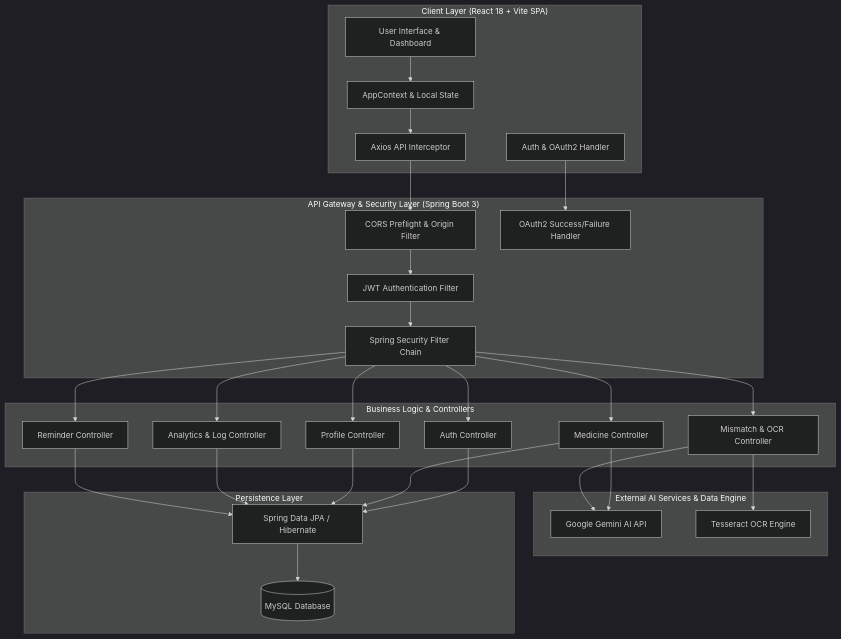
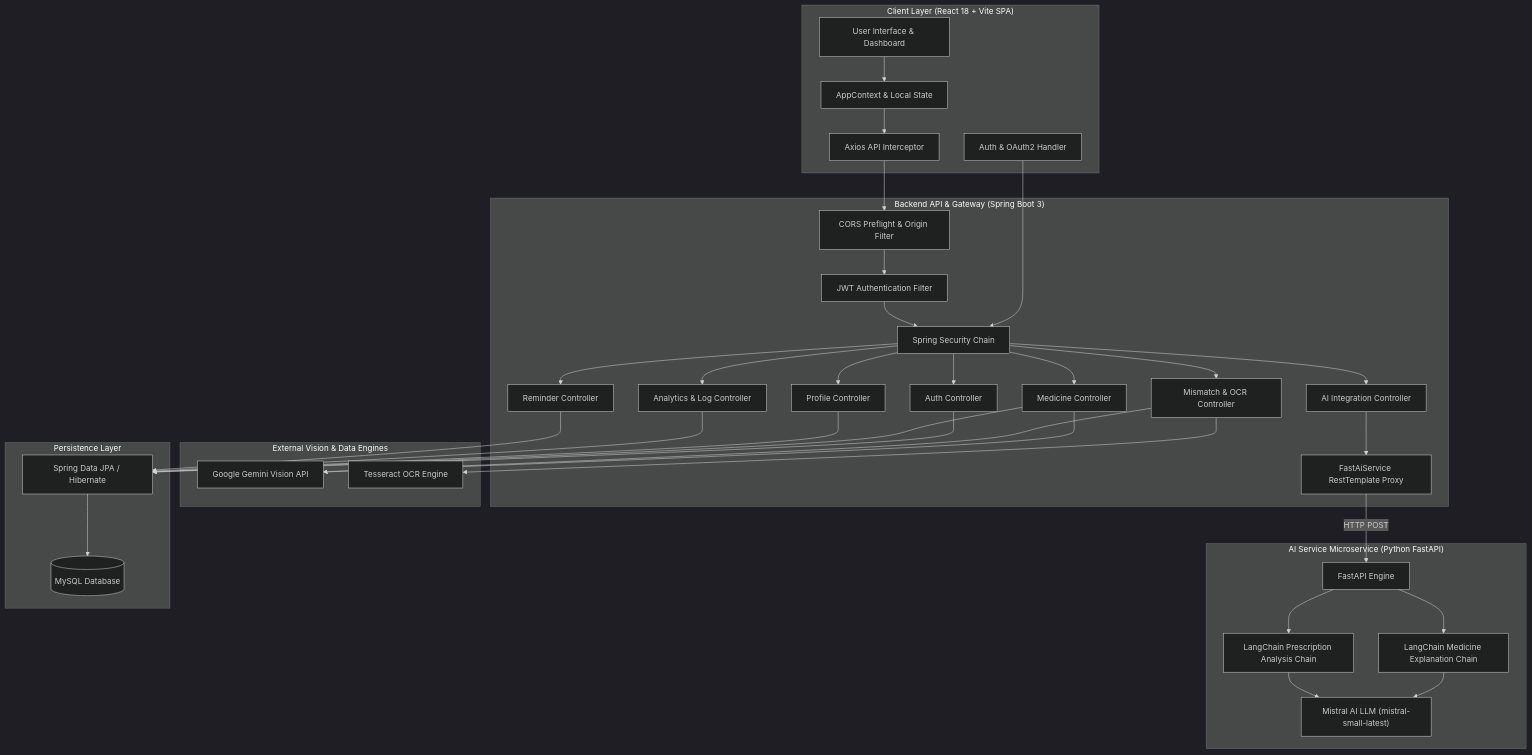
One commit to Rohit-code07/MedoraX changed the diagram in README.md. Above: the diagram before and after it, drawn with Mermaid (dark theme). The commit also changed other lines of this file, not shown here.

````diff
--- a/README.md
+++ b/README.md
@@ -24,59 +27,73 @@
 ```mermaid
 graph TD
     subgraph ClientLayer ["Client Layer (React 18 + Vite SPA)"]
         UI["User Interface & Dashboard"]
         AuthModule["Auth & OAuth2 Handler"]
         Store["AppContext & Local State"]
         Axios["Axios API Interceptor"]
     end
 
-    subgraph SecurityLayer ["API Gateway & Security Layer (Spring Boot 3)"]
+    subgraph BackendLayer ["Backend API & Gateway (Spring Boot 3)"]
         CORS["CORS Preflight & Origin Filter"]
         JWTFilter["JWT Authentication Filter"]
-        OAuth2Handler["OAuth2 Success/Failure Handler"]
-        Security["Spring Security Filter Chain"]
-    end
-
-    subgraph BusinessLayer ["Business Logic & Controllers"]
+        Security["Spring Security Chain"]
         AuthCtrl["Auth Controller"]
         MedCtrl["Medicine Controller"]
         ProfileCtrl["Profile Controller"]
         LogCtrl["Analytics & Log Controller"]
         RemCtrl["Reminder Controller"]
         MismatchCtrl["Mismatch & OCR Controller"]
+        AiCtrl["AI Integration Controller"]
+        FastAiService["FastAiService RestTemplate Proxy"]
     end
 
-    subgraph ExternalServices ["External AI Services & Data Engine"]
-        Gemini["Google Gemini AI API"]
+    subgraph AiMicroservice ["AI Service Microservice (Python FastAPI)"]
+        FastAPIApp["FastAPI Engine"]
+        ExplanationChain["LangChain Medicine Explanation Chain"]
+        PrescriptionChain["LangChain Prescription Analysis Chain"]
+        MistralLLM["Mistral AI LLM (mistral-small-latest)"]
+    end
+
+    subgraph ExternalServices ["External Vision & Data Engines"]
+        Gemini["Google Gemini Vision API"]
         OCR["Tesseract OCR Engine"]
     end
 
     subgraph PersistenceLayer ["Persistence Layer"]
         JPA["Spring Data JPA / Hibernate"]
         DB[("MySQL Database")]
     end
 
     UI --> Store
     Store --> Axios
     Axios --> CORS
-    AuthModule --> OAuth2Handler
+    AuthModule --> Security
     CORS --> JWTFilter
     JWTFilter --> Security
     Security --> AuthCtrl
     Security --> MedCtrl
     Security --> ProfileCtrl
     Security --> LogCtrl
     Security --> RemCtrl
     Security --> MismatchCtrl
+    Security --> AiCtrl
+
+    AiCtrl --> FastAiService
+    FastAiService -->|HTTP POST| FastAPIApp
+
+    FastAPIApp --> ExplanationChain
+    FastAPIApp --> PrescriptionChain
+    ExplanationChain --> MistralLLM
+    PrescriptionChain --> MistralLLM
 
     MedCtrl --> Gemini
     MismatchCtrl --> OCR
     MismatchCtrl --> Gemini
 
     AuthCtrl --> JPA
     MedCtrl --> JPA
     ProfileCtrl --> JPA
     LogCtrl --> JPA
     RemCtrl --> JPA
     JPA --> DB
 ```
````
